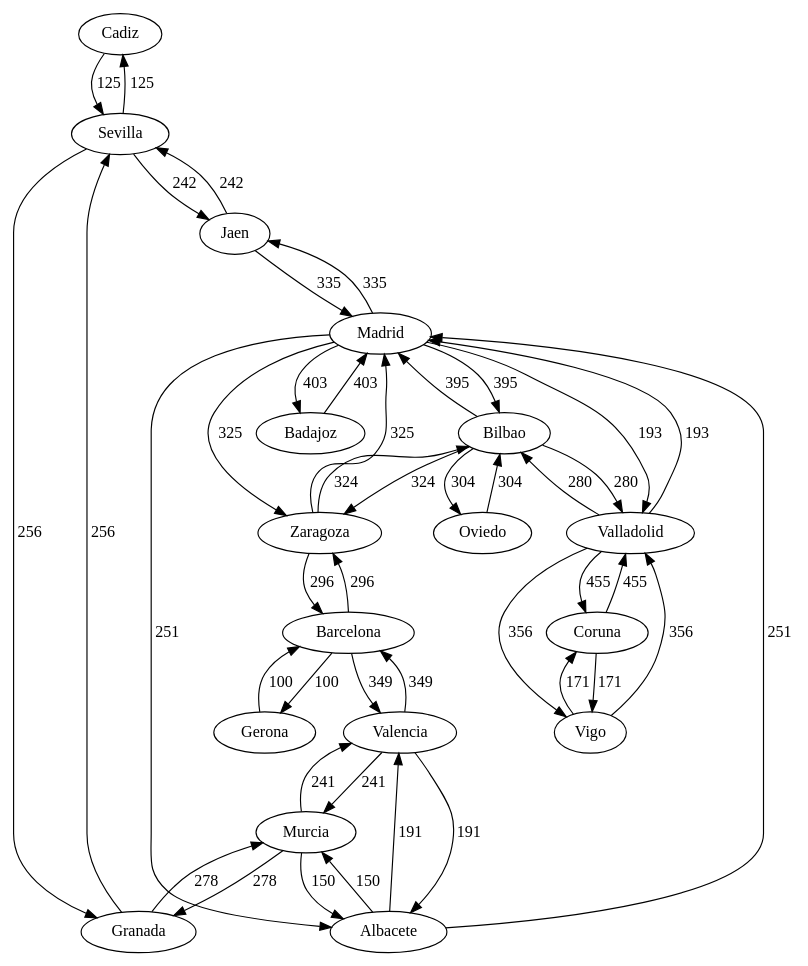
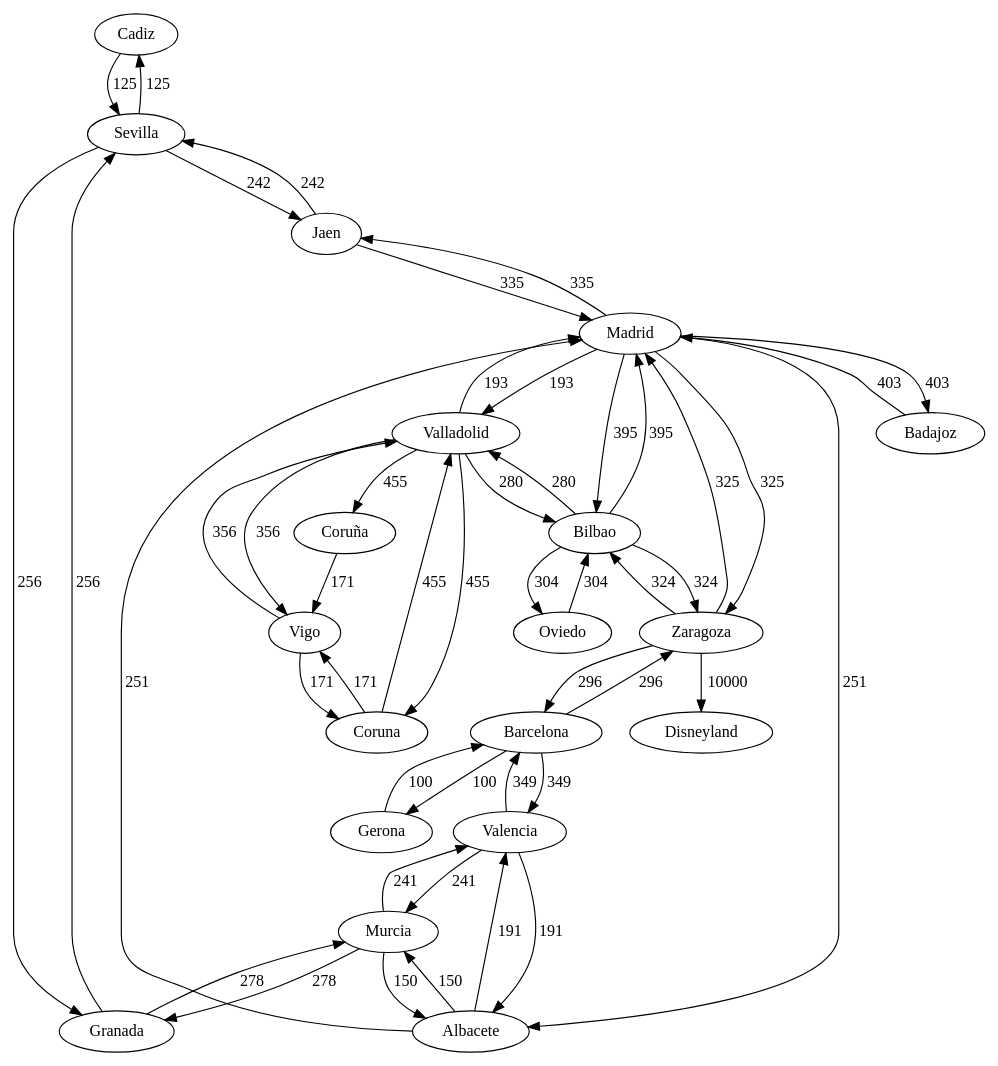
One commit to Sergio-Sebastian/-EDD-Proyecto2_Junio2020_201709159 changed the diagram in [EDD]Proyecto2_Junio2020/Grafo.dot. Above: the diagram before and after it, drawn with Graphviz. The commit also changed 69 other files, not shown here.

```diff
--- a/[EDD]Proyecto2_Junio2020/Grafo.dot
+++ b/[EDD]Proyecto2_Junio2020/Grafo.dot
@@ -1,47 +1,50 @@
 digraph G {
 "Cadiz"->"Sevilla"[label=125];
 "Sevilla"->"Cadiz"[label=125];
 "Sevilla"->"Granada"[label=256];
 "Sevilla"->"Jaen"[label=242];
 "Granada"->"Sevilla"[label=256];
 "Granada"->"Murcia"[label=278];
 "Jaen"->"Sevilla"[label=242];
 "Jaen"->"Madrid"[label=335];
+"Zaragoza"->"Disneyland"[label=10000];
+"Zaragoza"->"Barcelona"[label=296];
+"Zaragoza"->"Madrid"[label=325];
+"Zaragoza"->"Bilbao"[label=324];
 "Murcia"->"Granada"[label=278];
 "Murcia"->"Valencia"[label=241];
 "Murcia"->"Albacete"[label=150];
 "Madrid"->"Jaen"[label=335];
 "Madrid"->"Albacete"[label=251];
 "Madrid"->"Zaragoza"[label=325];
 "Madrid"->"Badajoz"[label=403];
 "Madrid"->"Valladolid"[label=193];
 "Madrid"->"Bilbao"[label=395];
 "Valencia"->"Murcia"[label=241];
 "Valencia"->"Albacete"[label=191];
 "Valencia"->"Barcelona"[label=349];
 "Albacete"->"Murcia"[label=150];
 "Albacete"->"Valencia"[label=191];
 "Albacete"->"Madrid"[label=251];
 "Barcelona"->"Valencia"[label=349];
 "Barcelona"->"Gerona"[label=100];
 "Barcelona"->"Zaragoza"[label=296];
 "Gerona"->"Barcelona"[label=100];
-"Zaragoza"->"Barcelona"[label=296];
-"Zaragoza"->"Madrid"[label=325];
-"Zaragoza"->"Bilbao"[label=324];
 "Badajoz"->"Madrid"[label=403];
 "Valladolid"->"Madrid"[label=193];
 "Valladolid"->"Vigo"[label=356];
 "Valladolid"->"Coruna"[label=455];
 "Valladolid"->"Bilbao"[label=280];
+"Valladolid"->"Coruña"[label=455];
 "Vigo"->"Valladolid"[label=356];
 "Vigo"->"Coruna"[label=171];
 "Coruna"->"Valladolid"[label=455];
 "Coruna"->"Vigo"[label=171];
 "Bilbao"->"Valladolid"[label=280];
 "Bilbao"->"Madrid"[label=395];
 "Bilbao"->"Zaragoza"[label=324];
 "Bilbao"->"Oviedo"[label=304];
 "Oviedo"->"Bilbao"[label=304];
+"Coruña"->"Vigo"[label=171];
 
 }
```
